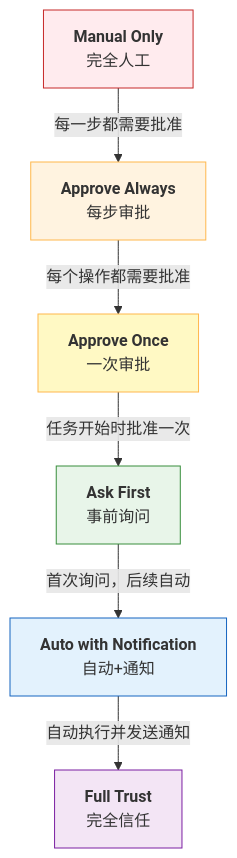
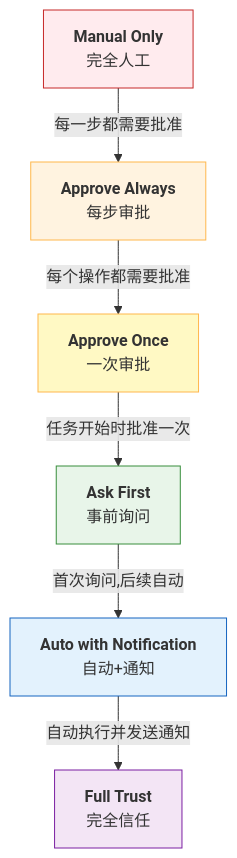
One commit to yeasy/harness_engineering_guide changed the diagram in 12_security/12.2_permission_sandbox.md. Above: the diagram before and after it, drawn with Mermaid. The commit also changed other lines of this file and 94 other files, not shown here.

````diff
--- a/12_security/12.2_permission_sandbox.md
+++ b/12_security/12.2_permission_sandbox.md
@@ -74,15 +74,15 @@
 ```mermaid
 flowchart TD
     A["<b>Manual Only</b><br/>完全人工"] -->|每一步都需要批准| B["<b>Approve Always</b><br/>每步审批"]
     B -->|每个操作都需要批准| C["<b>Approve Once</b><br/>一次审批"]
     C -->|任务开始时批准一次| D["<b>Ask First</b><br/>事前询问"]
-    D -->|首次询问，后续自动| E["<b>Auto with Notification</b><br/>自动+通知"]
+    D -->|首次询问,后续自动| E["<b>Auto with Notification</b><br/>自动+通知"]
     E -->|自动执行并发送通知| F["<b>Full Trust</b><br/>完全信任"]
 
     style A fill:#ffebee,stroke:#c62828
     style B fill:#fff3e0,stroke:#ffb74d
     style C fill:#fff9c4,stroke:#ffb74d
     style D fill:#e8f5e9,stroke:#388e3c
     style E fill:#e3f2fd,stroke:#1565c0
     style F fill:#f3e5f5,stroke:#7b1fa2
 ```
````
